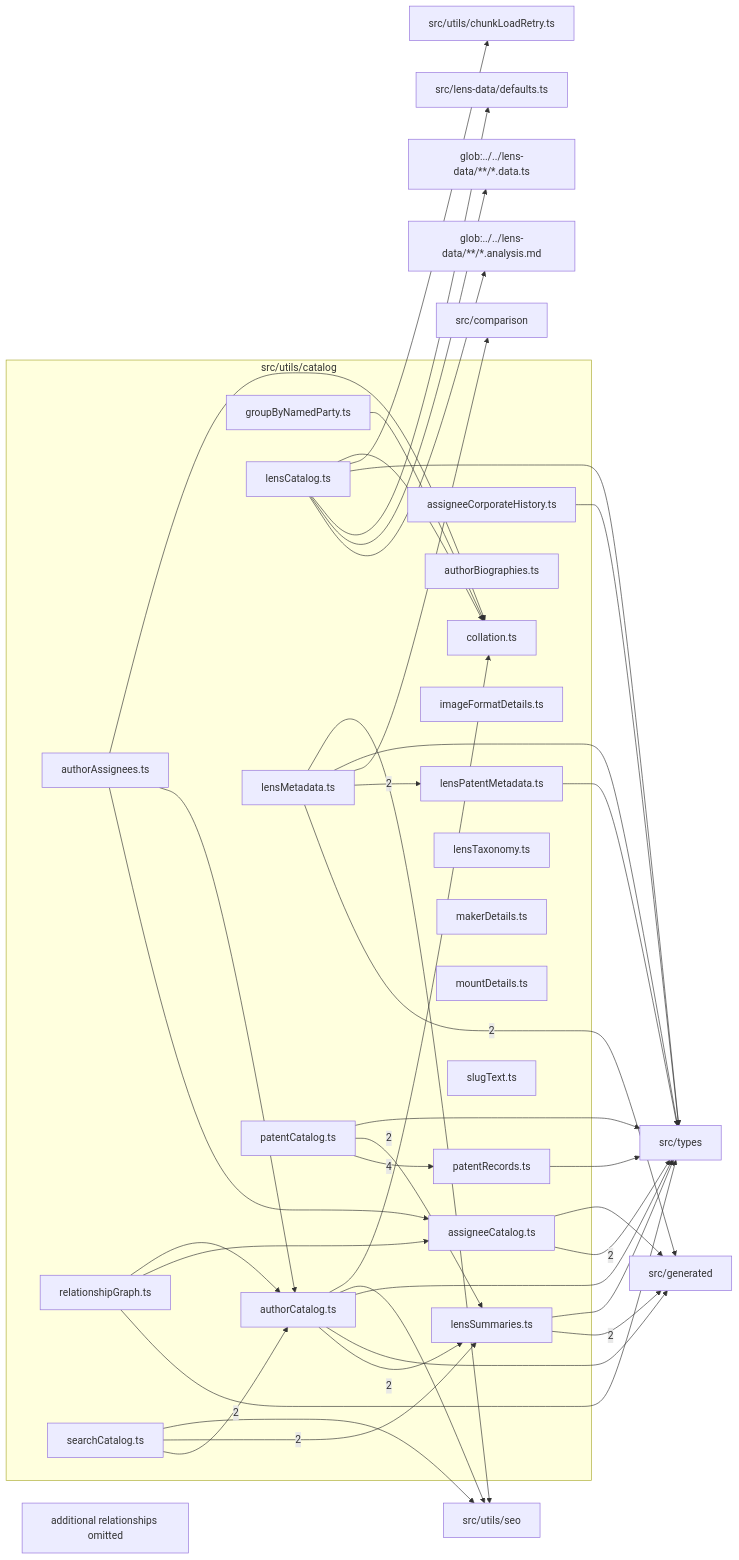
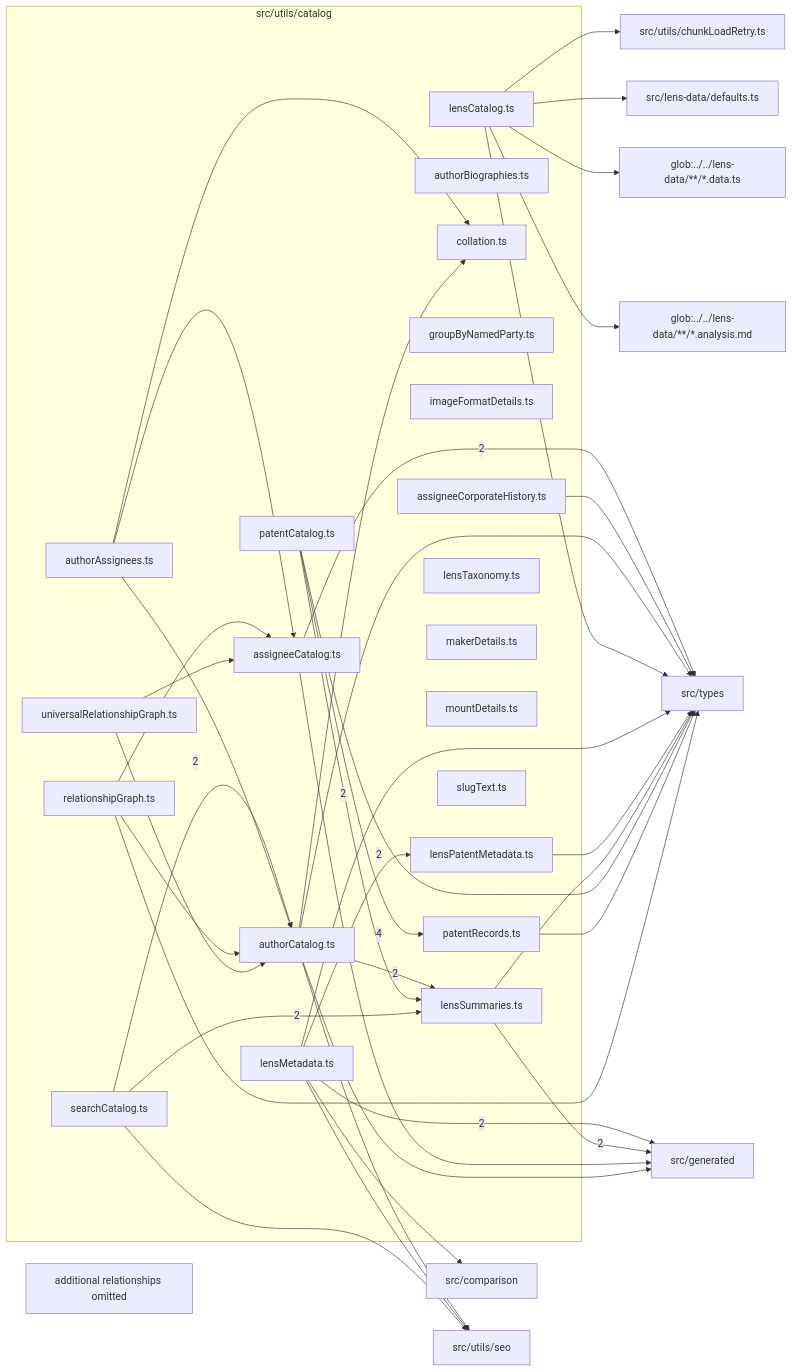
One commit to ronbuening/LensVisualizer changed the diagram in src/utils/catalog/readme.md. Above: the diagram before and after it, drawn with Mermaid. The commit also changed other lines of this file and 31 other files, not shown here.

Commit message:
Add universal patent relationship map

````diff
--- a/src/utils/catalog/readme.md
+++ b/src/utils/catalog/readme.md
@@ -9,70 +9,71 @@
 ```mermaid
 flowchart LR
   subgraph n_src_utils_catalog["src/utils/catalog"]
     n_src_utils_catalog_src_utils_catalog_assigneeCatalog_ts["assigneeCatalog.ts"]
     n_src_utils_catalog_src_utils_catalog_assigneeCorporateHistory_ts["assigneeCorporateHistory.ts"]
     n_src_utils_catalog_src_utils_catalog_authorAssignees_ts["authorAssignees.ts"]
     n_src_utils_catalog_src_utils_catalog_authorBiographies_ts["authorBiographies.ts"]
     n_src_utils_catalog_src_utils_catalog_authorCatalog_ts["authorCatalog.ts"]
     n_src_utils_catalog_src_utils_catalog_collation_ts["collation.ts"]
     n_src_utils_catalog_src_utils_catalog_groupByNamedParty_ts["groupByNamedParty.ts"]
     n_src_utils_catalog_src_utils_catalog_imageFormatDetails_ts["imageFormatDetails.ts"]
     n_src_utils_catalog_src_utils_catalog_lensCatalog_ts["lensCatalog.ts"]
     n_src_utils_catalog_src_utils_catalog_lensMetadata_ts["lensMetadata.ts"]
     n_src_utils_catalog_src_utils_catalog_lensPatentMetadata_ts["lensPatentMetadata.ts"]
     n_src_utils_catalog_src_utils_catalog_lensSummaries_ts["lensSummaries.ts"]
     n_src_utils_catalog_src_utils_catalog_lensTaxonomy_ts["lensTaxonomy.ts"]
     n_src_utils_catalog_src_utils_catalog_makerDetails_ts["makerDetails.ts"]
     n_src_utils_catalog_src_utils_catalog_mountDetails_ts["mountDetails.ts"]
     n_src_utils_catalog_src_utils_catalog_patentCatalog_ts["patentCatalog.ts"]
     n_src_utils_catalog_src_utils_catalog_patentRecords_ts["patentRecords.ts"]
     n_src_utils_catalog_src_utils_catalog_relationshipGraph_ts["relationshipGraph.ts"]
     n_src_utils_catalog_src_utils_catalog_searchCatalog_ts["searchCatalog.ts"]
     n_src_utils_catalog_src_utils_catalog_slugText_ts["slugText.ts"]
+    n_src_utils_catalog_src_utils_catalog_universalRelationshipGraph_ts["universalRelationshipGraph.ts"]
   end
   n_external_src_generated["src/generated"]
   n_external_src_types["src/types"]
   n_external_glob_______lens_data______analysis_md["glob:../../lens-data/**/*.analysis.md"]
   n_external_glob_______lens_data______data_ts["glob:../../lens-data/**/*.data.ts"]
   n_external_src_comparison["src/comparison"]
   n_external_src_lens_data_defaults_ts["src/lens-data/defaults.ts"]
   n_external_src_utils_chunkLoadRetry_ts["src/utils/chunkLoadRetry.ts"]
   n_external_src_utils_seo["src/utils/seo"]
   n_src_utils_catalog_src_utils_catalog_patentCatalog_ts --> |4| n_src_utils_catalog_src_utils_catalog_patentRecords_ts
   n_src_utils_catalog_src_utils_catalog_lensMetadata_ts --> |2| n_external_src_generated
   n_src_utils_catalog_src_utils_catalog_lensSummaries_ts --> |2| n_external_src_generated
   n_src_utils_catalog_src_utils_catalog_assigneeCatalog_ts --> |2| n_external_src_types
   n_src_utils_catalog_src_utils_catalog_searchCatalog_ts --> |2| n_src_utils_catalog_src_utils_catalog_authorCatalog_ts
   n_src_utils_catalog_src_utils_catalog_lensMetadata_ts --> |2| n_src_utils_catalog_src_utils_catalog_lensPatentMetadata_ts
   n_src_utils_catalog_src_utils_catalog_authorCatalog_ts --> |2| n_src_utils_catalog_src_utils_catalog_lensSummaries_ts
   n_src_utils_catalog_src_utils_catalog_patentCatalog_ts --> |2| n_src_utils_catalog_src_utils_catalog_lensSummaries_ts
   n_src_utils_catalog_src_utils_catalog_searchCatalog_ts --> |2| n_src_utils_catalog_src_utils_catalog_lensSummaries_ts
   n_src_utils_catalog_src_utils_catalog_lensCatalog_ts --> n_external_glob_______lens_data______analysis_md
   n_src_utils_catalog_src_utils_catalog_lensCatalog_ts --> n_external_glob_______lens_data______data_ts
   n_src_utils_catalog_src_utils_catalog_lensMetadata_ts --> n_external_src_comparison
   n_src_utils_catalog_src_utils_catalog_assigneeCatalog_ts --> n_external_src_generated
   n_src_utils_catalog_src_utils_catalog_authorCatalog_ts --> n_external_src_generated
   n_src_utils_catalog_src_utils_catalog_lensCatalog_ts --> n_external_src_lens_data_defaults_ts
   n_src_utils_catalog_src_utils_catalog_assigneeCorporateHistory_ts --> n_external_src_types
   n_src_utils_catalog_src_utils_catalog_authorCatalog_ts --> n_external_src_types
   n_src_utils_catalog_src_utils_catalog_lensCatalog_ts --> n_external_src_types
   n_src_utils_catalog_src_utils_catalog_lensMetadata_ts --> n_external_src_types
   n_src_utils_catalog_src_utils_catalog_lensPatentMetadata_ts --> n_external_src_types
   n_src_utils_catalog_src_utils_catalog_lensSummaries_ts --> n_external_src_types
   n_src_utils_catalog_src_utils_catalog_patentCatalog_ts --> n_external_src_types
   n_src_utils_catalog_src_utils_catalog_patentRecords_ts --> n_external_src_types
   n_src_utils_catalog_src_utils_catalog_relationshipGraph_ts --> n_external_src_types
   n_src_utils_catalog_src_utils_catalog_lensCatalog_ts --> n_external_src_utils_chunkLoadRetry_ts
   n_src_utils_catalog_src_utils_catalog_authorCatalog_ts --> n_external_src_utils_seo
   n_src_utils_catalog_src_utils_catalog_lensMetadata_ts --> n_external_src_utils_seo
   n_src_utils_catalog_src_utils_catalog_searchCatalog_ts --> n_external_src_utils_seo
   n_src_utils_catalog_src_utils_catalog_authorAssignees_ts --> n_src_utils_catalog_src_utils_catalog_assigneeCatalog_ts
   n_src_utils_catalog_src_utils_catalog_relationshipGraph_ts --> n_src_utils_catalog_src_utils_catalog_assigneeCatalog_ts
+  n_src_utils_catalog_src_utils_catalog_universalRelationshipGraph_ts --> n_src_utils_catalog_src_utils_catalog_assigneeCatalog_ts
   n_src_utils_catalog_src_utils_catalog_authorAssignees_ts --> n_src_utils_catalog_src_utils_catalog_authorCatalog_ts
   n_src_utils_catalog_src_utils_catalog_relationshipGraph_ts --> n_src_utils_catalog_src_utils_catalog_authorCatalog_ts
+  n_src_utils_catalog_src_utils_catalog_universalRelationshipGraph_ts --> n_src_utils_catalog_src_utils_catalog_authorCatalog_ts
   n_src_utils_catalog_src_utils_catalog_authorAssignees_ts --> n_src_utils_catalog_src_utils_catalog_collation_ts
   n_src_utils_catalog_src_utils_catalog_authorCatalog_ts --> n_src_utils_catalog_src_utils_catalog_collation_ts
-  n_src_utils_catalog_src_utils_catalog_groupByNamedParty_ts --> n_src_utils_catalog_src_utils_catalog_collation_ts
-  n_src_utils_catalog_src_utils_catalog_lensCatalog_ts --> n_src_utils_catalog_src_utils_catalog_collation_ts
   n_src_utils_catalog_truncated["additional relationships omitted"]
 ```
````
